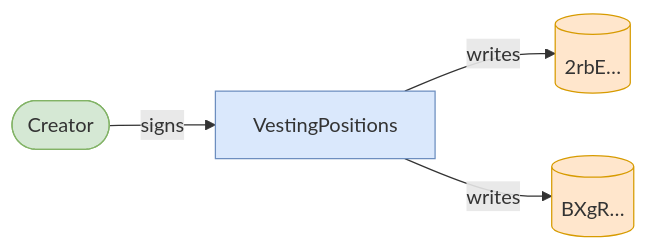
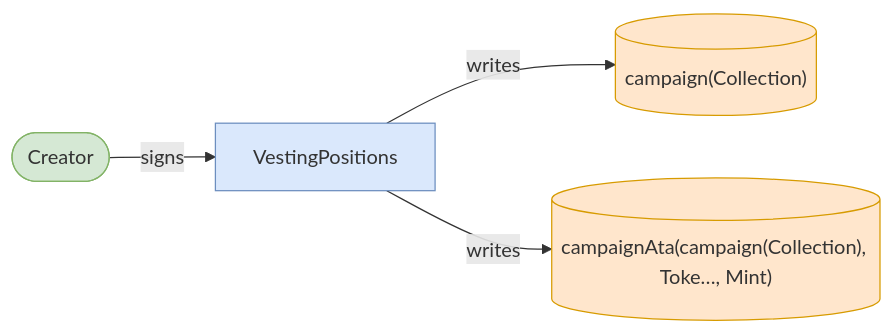
The fifth of 6 diagrams in babelfish-tests/test-report/close_campaign_fails_when_vault_not_empty.md (cds-turbin3/vesting-position), drawn with Mermaid before and after one commit. The commit also changed other lines of this file and 51 other files, not shown here.

````diff
--- a/babelfish-tests/test-report/close_campaign_fails_when_vault_not_empty.md
+++ b/babelfish-tests/test-report/close_campaign_fails_when_vault_not_empty.md
@@ -211,13 +185,13 @@
 ```mermaid
 flowchart LR
     VestingPositions["VestingPositions"]:::program
     Creator(["Creator"]):::signer
-    2rbE[("2rbE…")]:::state
-    BXgR[("BXgR…")]:::state
+    campaignCollection[("campaign(Collection)")]:::state
+    campaignAtacampaignCollectionTokeMint[("campaignAta(campaign(Collection), Toke…, Mint)")]:::state
     Creator -->|signs| VestingPositions
-    VestingPositions -->|writes| 2rbE
-    VestingPositions -->|writes| BXgR
+    VestingPositions -->|writes| campaignCollection
+    VestingPositions -->|writes| campaignAtacampaignCollectionTokeMint
     classDef program fill:#dae8fc,stroke:#6c8ebf;
     classDef signer fill:#d5e8d4,stroke:#82b366;
     classDef state fill:#ffe6cc,stroke:#d79b00;
 ```
````
